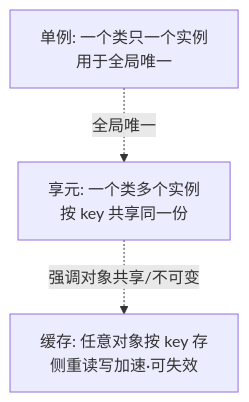
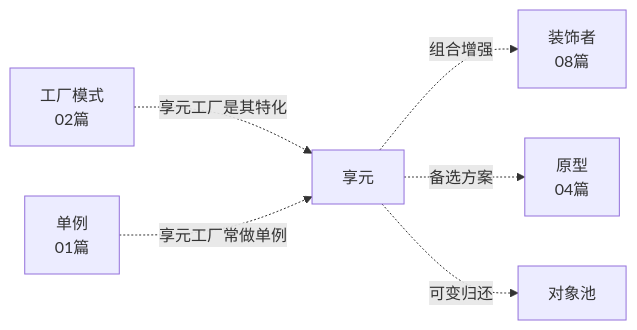
Before and after one commit to chongyang211/YCBookBlog: the seventh of 7 diagrams in docs/08.编程/03.巧学设计模式/12.享元模式设计思想.md, drawn with Mermaid. The commit also changed other lines of this file and 12 other files, not shown here.

````diff
--- a/docs/08.编程/03.巧学设计模式/12.享元模式设计思想.md
+++ b/docs/08.编程/03.巧学设计模式/12.享元模式设计思想.md
@@ -415,8 +880,8 @@
 ```mermaid
-flowchart TB
-    单例[单例: 一个类只一个实例<br/>用于全局唯一]
-    享元[享元: 一个类多个实例<br/>按 key 共享同一份]
-    缓存[缓存: 任意对象按 key 存<br/>侧重读写加速·可失效]
-    单例 -.全局唯一.-> 享元
-    享元 -.强调对象共享/不可变.-> 缓存
+flowchart LR
+    Factory[工厂模式<br/>02篇] -.享元工厂是其特化.-> Flyweight[享元]
+    Singleton[单例<br/>01篇] -.享元工厂常做单例.-> Flyweight
+    Flyweight -.组合增强.-> Decorator[装饰者<br/>08篇]
+    Flyweight -.备选方案-.-> Prototype[原型<br/>04篇]
+    Flyweight -.可变归还.-> Pool[对象池]
 ```
````
